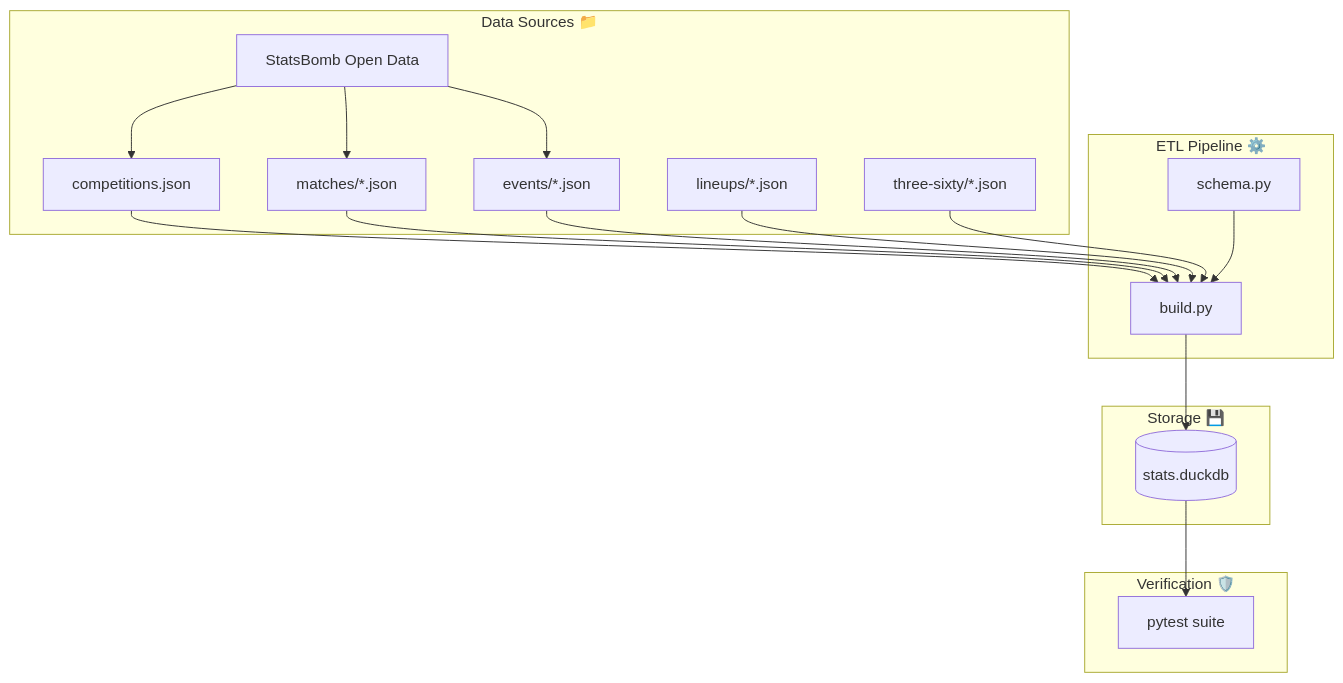
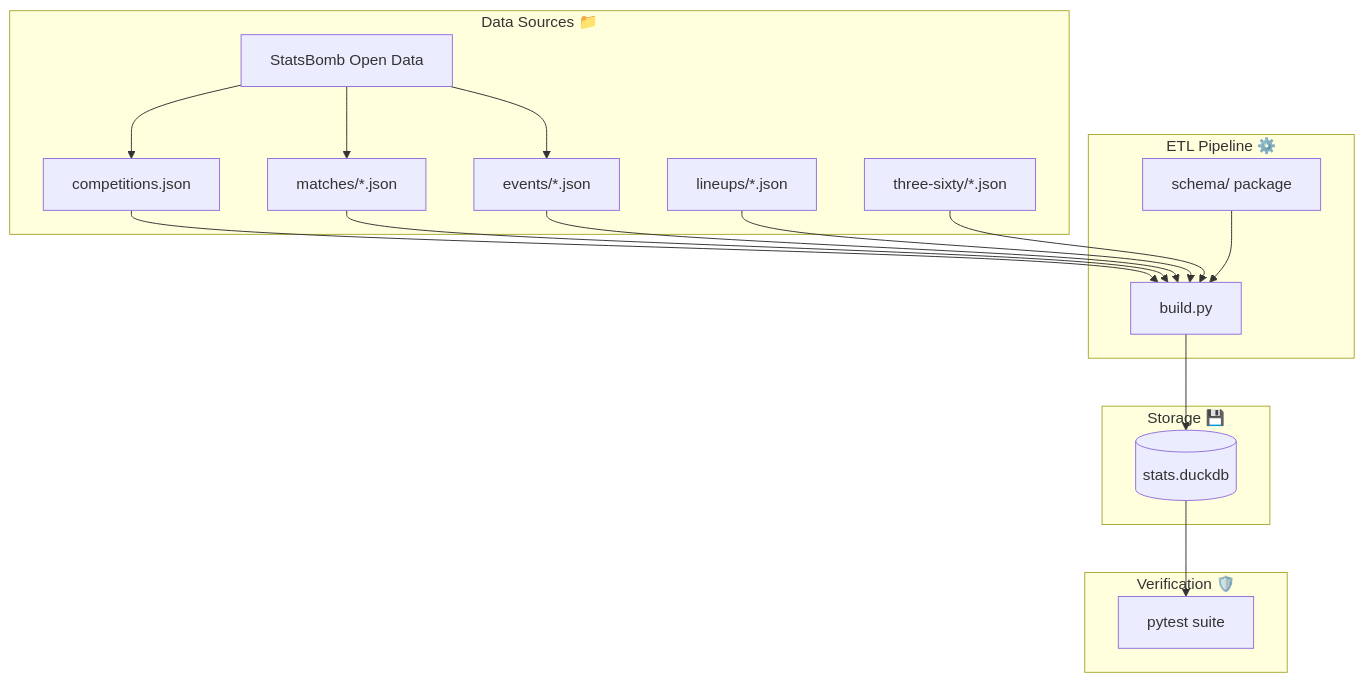
Before and after one commit to TrilemmaFoundation/soccer-analytics-engineering: the diagram in README.md, drawn with Mermaid. The commit also changed other lines of this file, not shown here.

````diff
--- a/README.md
+++ b/README.md
@@ -23,38 +23,38 @@
 ```mermaid
 graph TD
     subgraph "Data Sources 📁"
         SB[StatsBomb Open Data]
         COMP[competitions.json]
         MATCH[matches/*.json]
         EVENT[events/*.json]
         LINEUP[lineups/*.json]
         THREE60[three-sixty/*.json]
     end
 
     subgraph "ETL Pipeline ⚙️"
         BUILD[build.py]
-        SCHEMA[schema.py]
+        SCHEMA[schema/ package]
     end
 
     subgraph "Storage 💾"
         DB[(stats.duckdb)]
     end
 
     subgraph "Verification 🛡️"
         TESTS[pytest suite]
     end
 
     SB --> COMP
     SB --> MATCH
     SB --> EVENT
     
     COMP --> BUILD
     MATCH --> BUILD
     EVENT --> BUILD
     LINEUP --> BUILD
     THREE60 --> BUILD
     
     SCHEMA --> BUILD
     BUILD --> DB
     DB --> TESTS
 ```
````
